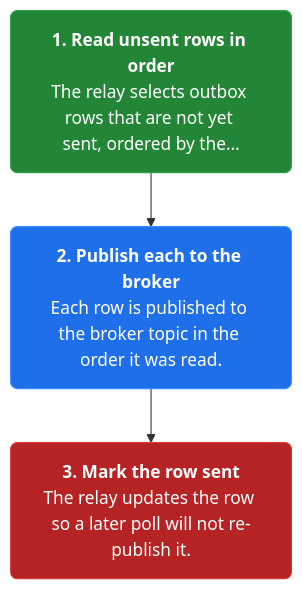
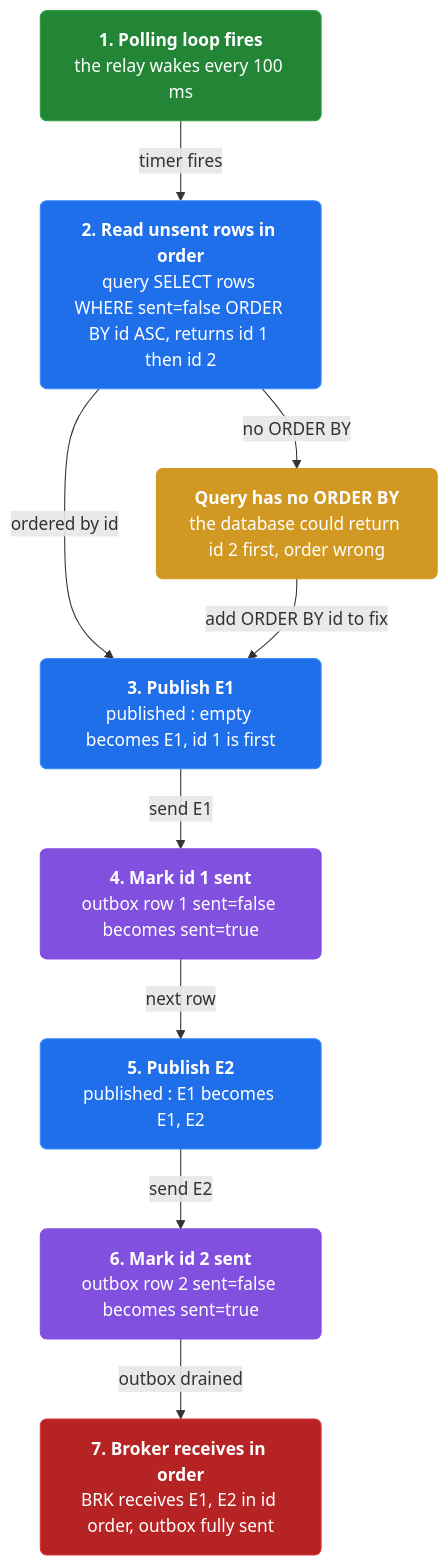
The second of 4 diagrams in docs/ch14-transactional-outbox.md (vinayakuber/microservices-io-study-guide), drawn with Mermaid before and after one commit. The commit also changed other lines of this file and 46 other files, not shown here.

First line of the commit message:
Author rich branching flow diagrams for all 44 chapters

````diff
--- a/docs/ch14-transactional-outbox.md
+++ b/docs/ch14-transactional-outbox.md
@@ -52,11 +62,24 @@
 ```mermaid
 flowchart TD
-  classDef step fill:#1f6feb,color:#ffffff,stroke:#388bfd,stroke-width:1px,rx:6
+  classDef step fill:#1f6feb,color:#ffffff,stroke:#388bfd,rx:6
+  classDef core fill:#8250df,color:#ffffff,stroke:#8250df,rx:6
+  classDef warn fill:#d29922,color:#ffffff,stroke:#d29922,rx:6
   classDef start fill:#238636,color:#ffffff,stroke:#2ea043,rx:6
   classDef stop fill:#b62324,color:#ffffff,stroke:#da3633,rx:6
-  s1n0["<b>1. Read unsent rows in order</b><br/>The relay selects outbox rows that are not yet sent, ordered by the…"]:::start
-  s1n1["<b>2. Publish each to the broker</b><br/>Each row is published to the broker topic in the order it was read."]:::step
-  s1n2["<b>3. Mark the row sent</b><br/>The relay updates the row so a later poll will not re-publish it."]:::stop
-  s1n0 --> s1n1
-  s1n1 --> s1n2
+  n0["<b>1. Polling loop fires</b><br/>the relay wakes every 100 ms"]:::start
+  n1["<b>2. Read unsent rows in order</b><br/>query SELECT rows WHERE sent=false ORDER BY id ASC, returns id 1 then id 2"]:::step
+  n2["<b>3. Publish E1</b><br/>published : empty becomes E1, id 1 is first"]:::step
+  n3["<b>4. Mark id 1 sent</b><br/>outbox row 1 sent=false becomes sent=true"]:::core
+  n4["<b>5. Publish E2</b><br/>published : E1 becomes E1, E2"]:::step
+  n5["<b>6. Mark id 2 sent</b><br/>outbox row 2 sent=false becomes sent=true"]:::core
+  n6["<b>7. Broker receives in order</b><br/>BRK receives E1, E2 in id order, outbox fully sent"]:::stop
+  n7["<b>Query has no ORDER BY</b><br/>the database could return id 2 first, order wrong"]:::warn
+  n0 -->|"timer fires"| n1
+  n1 -->|"ordered by id"| n2
+  n1 -->|"no ORDER BY"| n7
+  n2 -->|"send E1"| n3
+  n3 -->|"next row"| n4
+  n4 -->|"send E2"| n5
+  n5 -->|"outbox drained"| n6
+  n7 -->|"add ORDER BY id to fix"| n2
 ```
````
